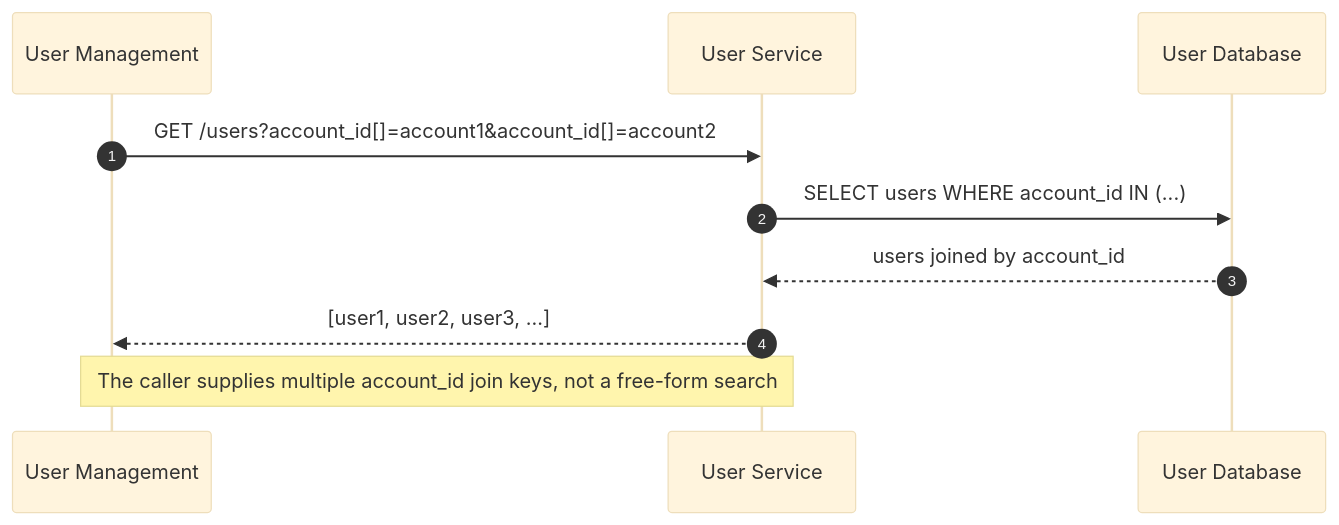
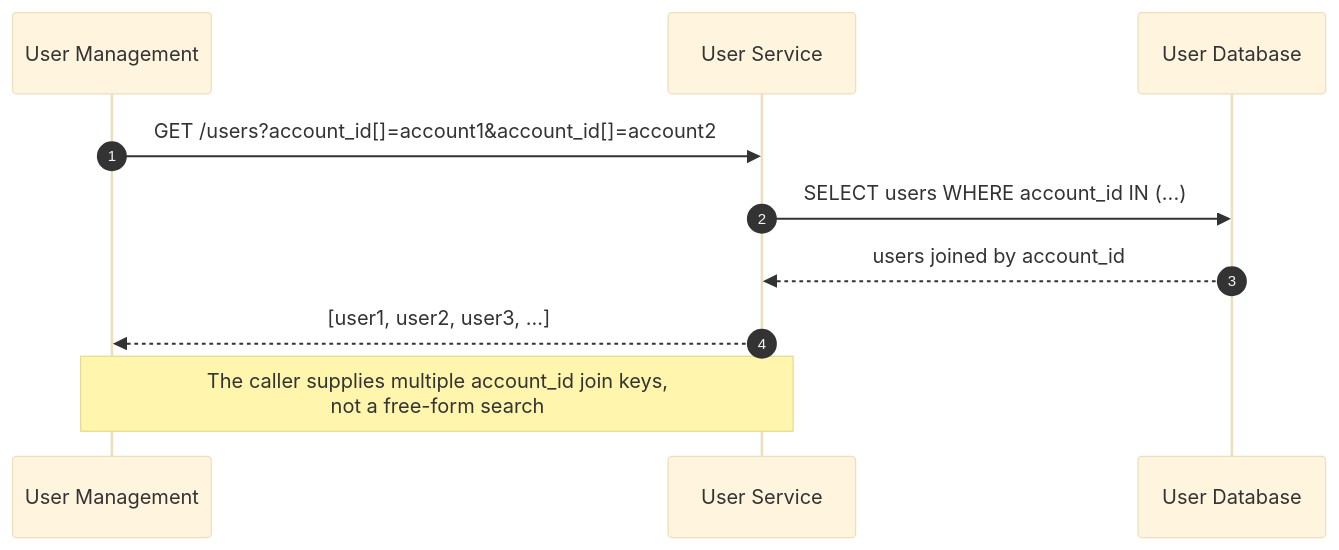
One commit to meleneth/whirred-io changed the third of 3 diagrams in docs/articles/series/IAM-System-Demo/graphql-auth-explosion-part-2-multiple-object-retrieval.md. Above: the diagram before and after it, drawn with Mermaid (base theme). The commit also changed other lines of this file and 6 other files, not shown here.

````diff
--- a/docs/articles/series/IAM-System-Demo/graphql-auth-explosion-part-2-multiple-object-retrieval.md
+++ b/docs/articles/series/IAM-System-Demo/graphql-auth-explosion-part-2-multiple-object-retrieval.md
@@ -56,14 +57,14 @@
 ```mermaid
 sequenceDiagram
   autonumber
   participant UM as User Management
   participant US as User Service
   participant DB as User Database
 
   UM->>US: GET /users?account_id[]=account1&account_id[]=account2
   US->>DB: SELECT users WHERE account_id IN (...)
   DB-->>US: users joined by account_id
   US-->>UM: [user1, user2, user3, ...]
 
-  Note over UM,US: The caller supplies multiple account_id join keys, not a free-form search
+  Note over UM,US: The caller supplies multiple account_id join keys,<br/>not a free-form search
 ```
````
